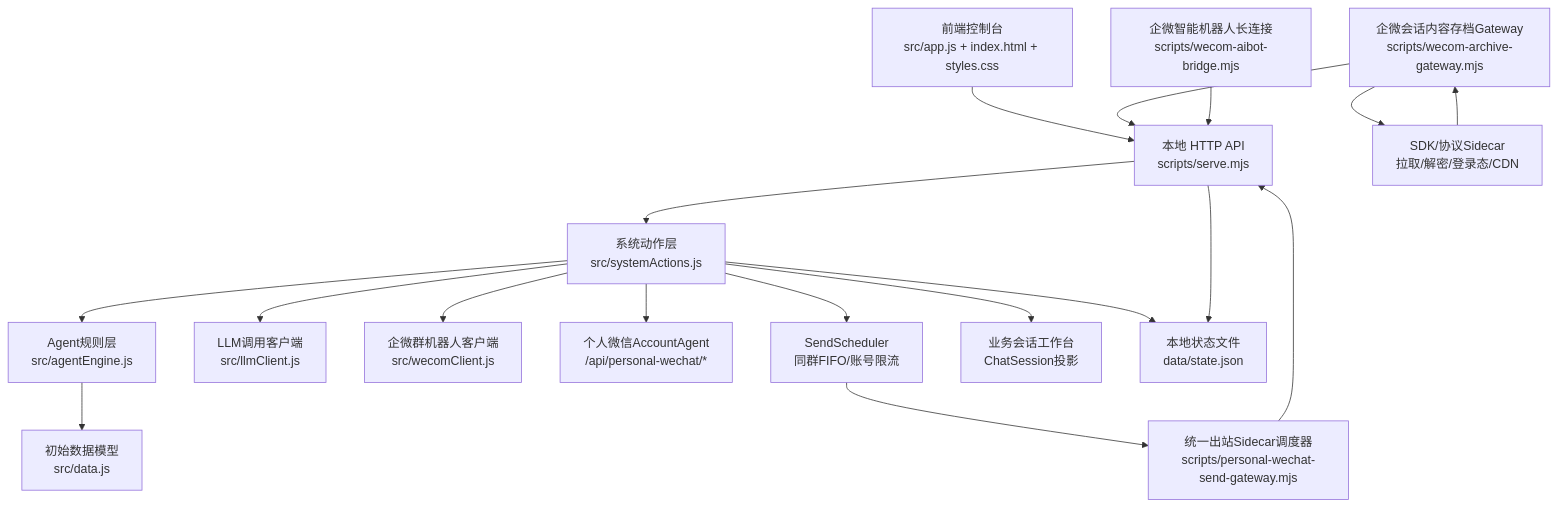
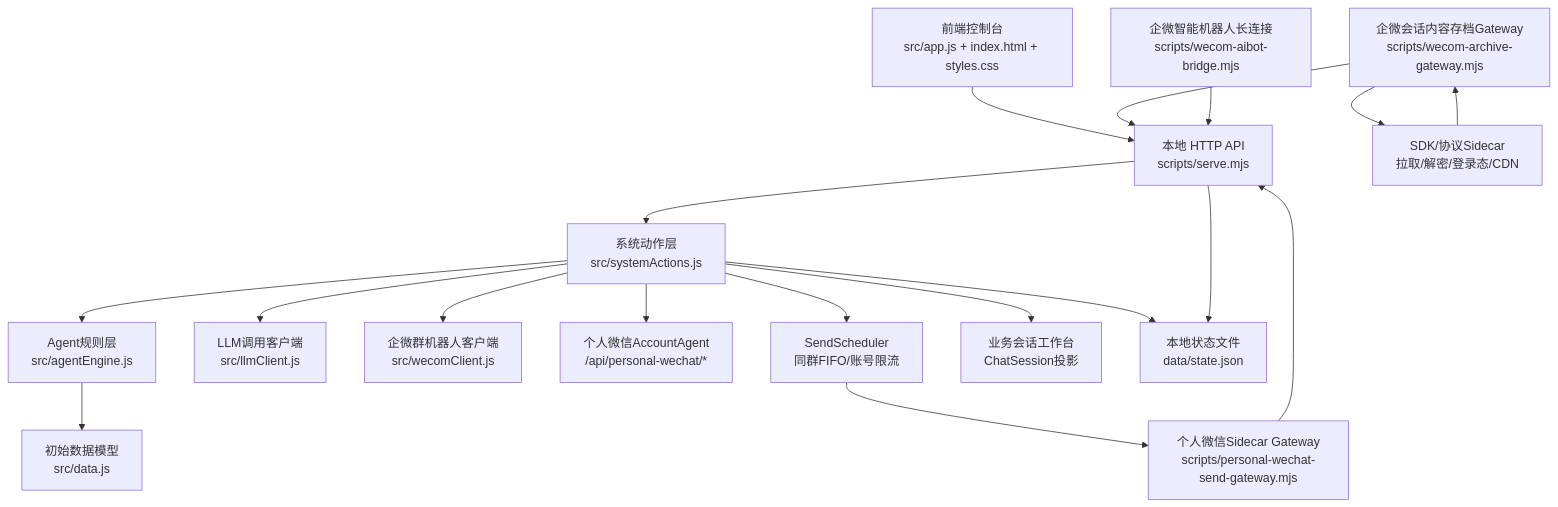
Before and after one commit to JUJUJUN313/customer-ops-agent-console: the first of 3 diagrams in docs/ARCHITECTURE.md, drawn with Mermaid. The commit also changed other lines of this file and 15 other files, not shown here.

Commit message:
Enhance personal WeChat sidecar gateway

````diff
--- a/docs/ARCHITECTURE.md
+++ b/docs/ARCHITECTURE.md
@@ -5,36 +5,36 @@
 ```mermaid
 flowchart TB
   UI["前端控制台<br/>src/app.js + index.html + styles.css"]
   API["本地 HTTP API<br/>scripts/serve.mjs"]
   Actions["系统动作层<br/>src/systemActions.js"]
   Agents["Agent规则层<br/>src/agentEngine.js"]
   LLM["LLM调用客户端<br/>src/llmClient.js"]
   WeComClient["企微群机器人客户端<br/>src/wecomClient.js"]
   WeComArchive["企微会话内容存档Gateway<br/>scripts/wecom-archive-gateway.mjs"]
   Sidecar["SDK/协议Sidecar<br/>拉取/解密/登录态/CDN"]
   WeComBridge["企微智能机器人长连接<br/>scripts/wecom-aibot-bridge.mjs"]
   PersonalWechat["个人微信AccountAgent<br/>/api/personal-wechat/*"]
-  PersonalGateway["统一出站Sidecar调度器<br/>scripts/personal-wechat-send-gateway.mjs"]
+  PersonalGateway["个人微信Sidecar Gateway<br/>scripts/personal-wechat-send-gateway.mjs"]
   Scheduler["SendScheduler<br/>同群FIFO/账号限流"]
   Chat["业务会话工作台<br/>ChatSession投影"]
   Data["初始数据模型<br/>src/data.js"]
   Store["本地状态文件<br/>data/state.json"]
 
   UI --> API
   API --> Actions
   Actions --> Agents
   Actions --> LLM
   Actions --> WeComClient
   WeComArchive --> Sidecar
   Sidecar --> WeComArchive
   WeComArchive --> API
   Actions --> Chat
   Actions --> PersonalWechat
   Actions --> Scheduler
   Scheduler --> PersonalGateway
   PersonalGateway --> API
   Actions --> Store
   WeComBridge --> API
   Agents --> Data
   API --> Store
 ```
````
